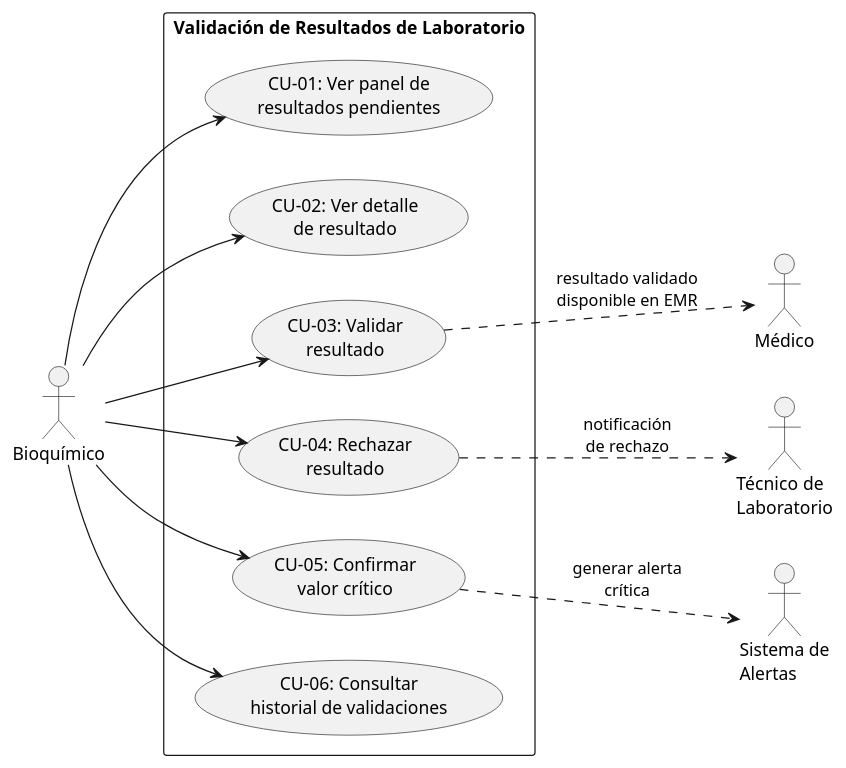
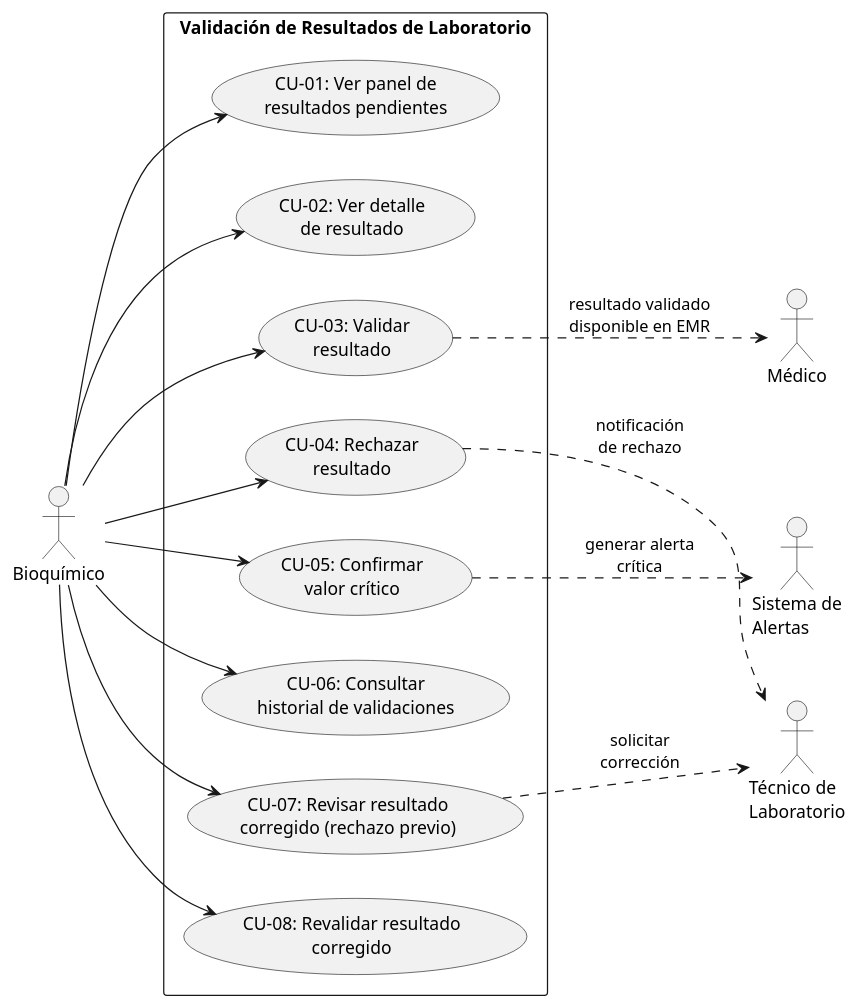
Before and after one commit to billybc/4-shi-medicos-especialidades-disponibilidad: the diagram in docs/module-20/casos-de-uso.puml, drawn with PlantUML. The commit also changed 1 other file, not shown here.

Commit message:
docs(module-20): add CU-07 and CU-08 to use case diagram and update actors table

```diff
--- a/docs/module-20/casos-de-uso.puml
+++ b/docs/module-20/casos-de-uso.puml
@@ -1,29 +1,34 @@
 @startuml
 left to right direction
 skinparam packageStyle rectangle
 
 actor "Bioquímico" as bio
 actor "Técnico de\nLaboratorio" as tec
 actor "Médico" as med
 actor "Sistema de\nAlertas" as alertas
 
 rectangle "Validación de Resultados de Laboratorio" {
   usecase "CU-01: Ver panel de\nresultados pendientes" as UC01
   usecase "CU-02: Ver detalle\nde resultado" as UC02
   usecase "CU-03: Validar\nresultado" as UC03
   usecase "CU-04: Rechazar\nresultado" as UC04
   usecase "CU-05: Confirmar\nvalor crítico" as UC05
   usecase "CU-06: Consultar\nhistorial de validaciones" as UC06
+  usecase "CU-07: Revisar resultado\ncorregido (rechazo previo)" as UC07
+  usecase "CU-08: Revalidar resultado\ncorregido" as UC08
 }
 
 bio --> UC01
 bio --> UC02
 bio --> UC03
 bio --> UC04
 bio --> UC05
 bio --> UC06
+bio --> UC07
+bio --> UC08
 
 UC03 ..> med : resultado validado\ndisponible en EMR
 UC04 ..> tec : notificación\nde rechazo
 UC05 ..> alertas : generar alerta\ncrítica
+UC07 ..> tec : solicitar\ncorrección
 @enduml
```
